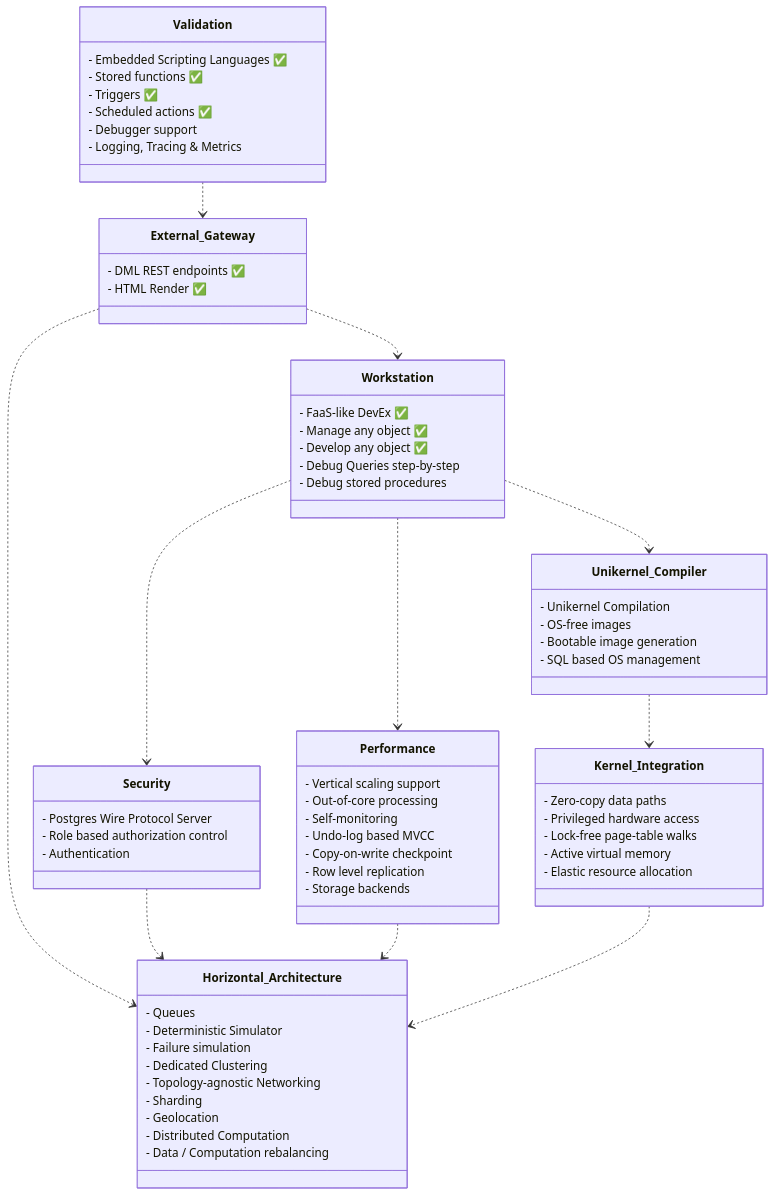
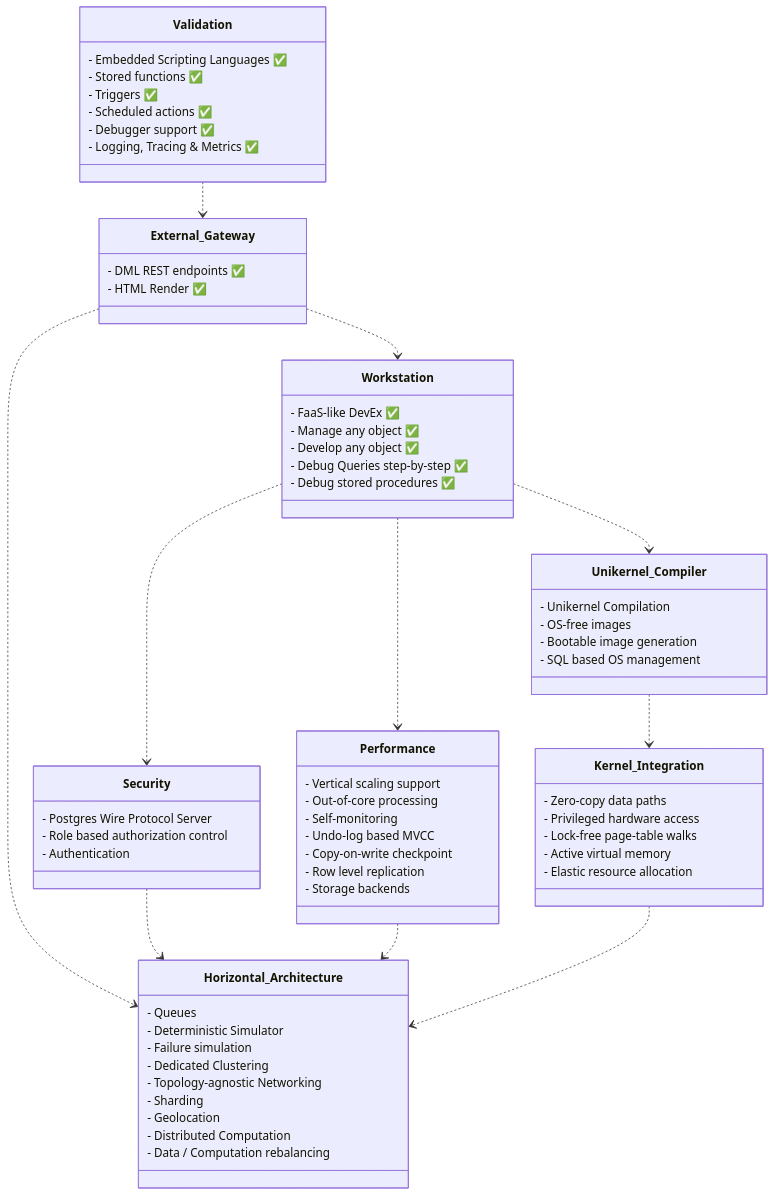
One commit to oxibase/oxibase changed the diagram in docs/_docs/getting-started/roadmap.md. Above: the diagram before and after it, drawn with Mermaid. The commit also changed other lines of this file, not shown here.

Commit message:
docs: mark debugger, logging, and tracing as completed in roadmap

````diff
--- a/docs/_docs/getting-started/roadmap.md
+++ b/docs/_docs/getting-started/roadmap.md
@@ -18,83 +18,83 @@
 ```mermaid
 classDiagram
     %% --- RELATIONSHIPS ---
     %% Use the short class names here, not "Layer.Class"
     Validation ..> External_Gateway
     External_Gateway ..> Workstation
 
     Workstation ..> Performance
     Workstation ..> Security
     Workstation ..> Unikernel_Compiler
 
     External_Gateway ..> Horizontal_Architecture
     Security ..> Horizontal_Architecture
     Performance ..> Horizontal_Architecture
 
     %% --- LAYERS & CLASS DEFINITIONS ---
 
     class Validation {
         - Embedded Scripting Languages ✅
         - Stored functions  ✅
         - Triggers  ✅
         - Scheduled actions  ✅
-        - Debugger support
-        - Logging, Tracing & Metrics
+        - Debugger support ✅
+        - Logging, Tracing & Metrics ✅
     }
     class External_Gateway {
         - DML REST endpoints  ✅
         - HTML Render  ✅
     }
     class Security {
         - Postgres Wire Protocol Server
         - Role based authorization control
         - Authentication
     }
     class Workstation {
         - FaaS-like DevEx ✅
           - Manage any object ✅
           - Develop any object ✅
-        - Debug Queries step-by-step
-        - Debug stored procedures
+        - Debug Queries step-by-step ✅
+        - Debug stored procedures ✅
     }
 
     class Performance {
         - Vertical scaling support
         - Out-of-core processing
         - Self-monitoring
         - Undo-log based MVCC
         - Copy-on-write checkpoint
         - Row level replication
         - Storage backends
     }
 
     class Horizontal_Architecture {
         - Queues
         - Deterministic Simulator
         - Failure simulation
         - Dedicated Clustering
         - Topology-agnostic Networking
         - Sharding
         - Geolocation
         - Distributed Computation
         - Data / Computation rebalancing
     }
 
     class Unikernel_Compiler {
         - Unikernel Compilation
         - OS-free images
         - Bootable image generation
         - SQL based OS management
     }
 
     class Kernel_Integration {
         - Zero-copy data paths
         - Privileged hardware access
         - Lock-free page-table walks
         - Active virtual memory
         - Elastic resource allocation
     }
 
     Unikernel_Compiler ..> Kernel_Integration
     Kernel_Integration ..> Horizontal_Architecture
 
 ```
````
